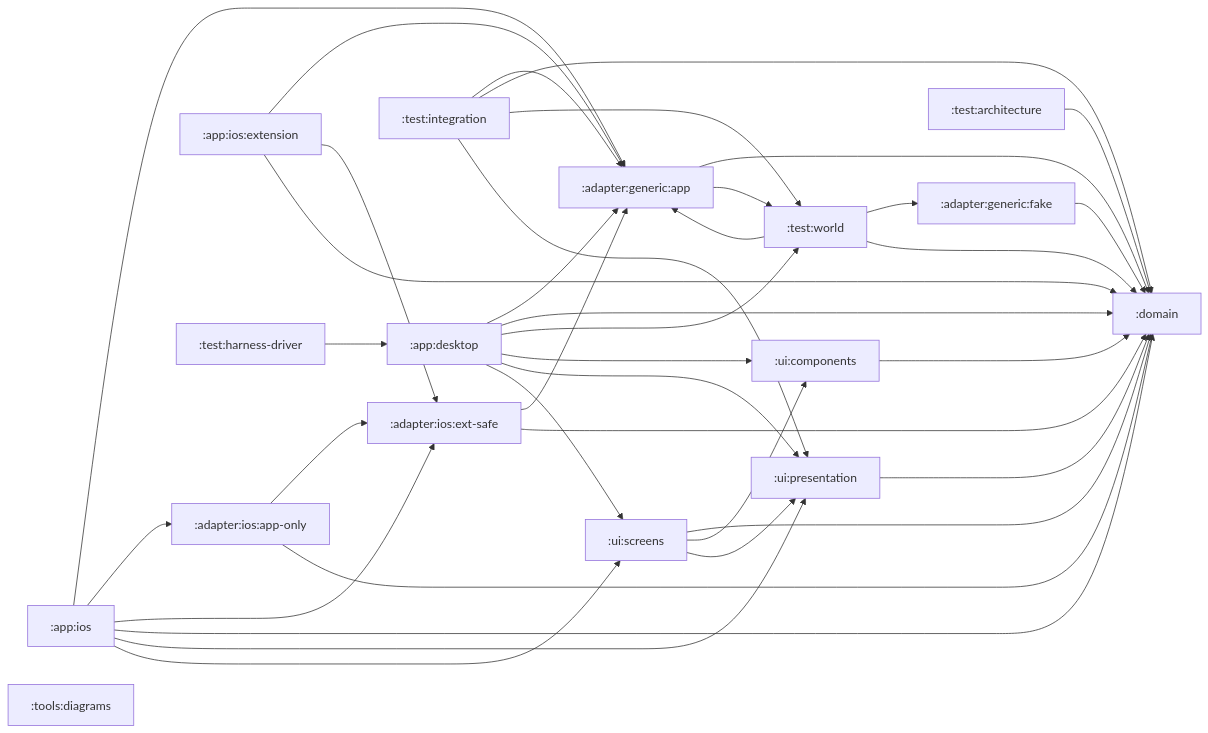
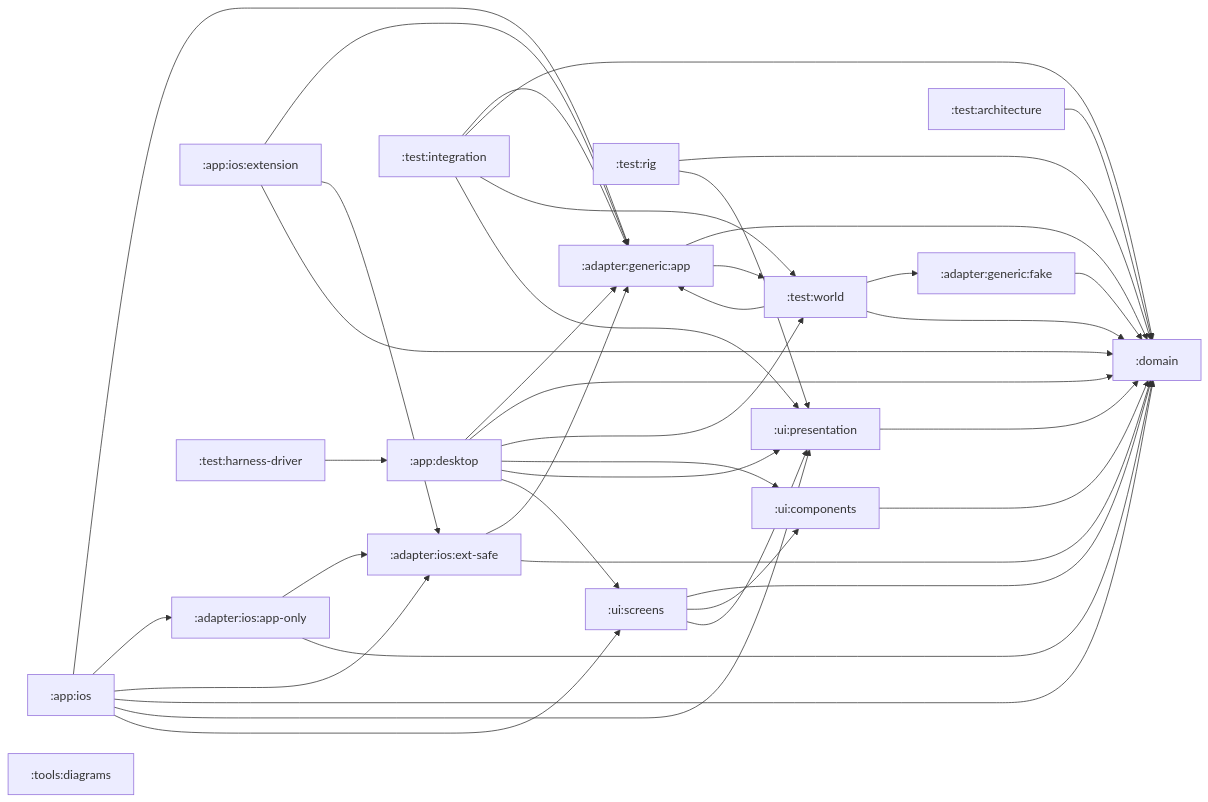
Before and after one commit to stefanhoelzl/SnapSync: the diagram in architecture/modules.md, drawn with Mermaid. The commit also changed 26 other files, not shown here.

````diff
--- a/architecture/modules.md
+++ b/architecture/modules.md
@@ -7,55 +7,58 @@
 ```mermaid
 flowchart LR
   adapter_generic_app[":adapter:generic:app"]
   adapter_generic_fake[":adapter:generic:fake"]
   adapter_ios_app_only[":adapter:ios:app-only"]
   adapter_ios_ext_safe[":adapter:ios:ext-safe"]
   app_desktop[":app:desktop"]
   app_ios[":app:ios"]
   app_ios_extension[":app:ios:extension"]
   domain[":domain"]
   test_architecture[":test:architecture"]
   test_harness_driver[":test:harness-driver"]
   test_integration[":test:integration"]
+  test_rig[":test:rig"]
   test_world[":test:world"]
   tools_diagrams[":tools:diagrams"]
   ui_components[":ui:components"]
   ui_presentation[":ui:presentation"]
   ui_screens[":ui:screens"]
   adapter_generic_app --> domain
   adapter_generic_app --> test_world
   adapter_generic_fake --> domain
   adapter_ios_app_only --> adapter_ios_ext_safe
   adapter_ios_app_only --> domain
   adapter_ios_ext_safe --> adapter_generic_app
   adapter_ios_ext_safe --> domain
   app_desktop --> adapter_generic_app
   app_desktop --> domain
   app_desktop --> test_world
   app_desktop --> ui_components
   app_desktop --> ui_presentation
   app_desktop --> ui_screens
   app_ios --> adapter_generic_app
   app_ios --> adapter_ios_app_only
   app_ios --> adapter_ios_ext_safe
   app_ios --> domain
   app_ios --> ui_presentation
   app_ios --> ui_screens
   app_ios_extension --> adapter_generic_app
   app_ios_extension --> adapter_ios_ext_safe
   app_ios_extension --> domain
   test_architecture --> domain
   test_harness_driver --> app_desktop
   test_integration --> adapter_generic_app
   test_integration --> domain
   test_integration --> test_world
   test_integration --> ui_presentation
+  test_rig --> domain
+  test_rig --> ui_presentation
   test_world --> adapter_generic_app
   test_world --> adapter_generic_fake
   test_world --> domain
   ui_components --> domain
   ui_presentation --> domain
   ui_screens --> domain
   ui_screens --> ui_components
   ui_screens --> ui_presentation
 ```
````
